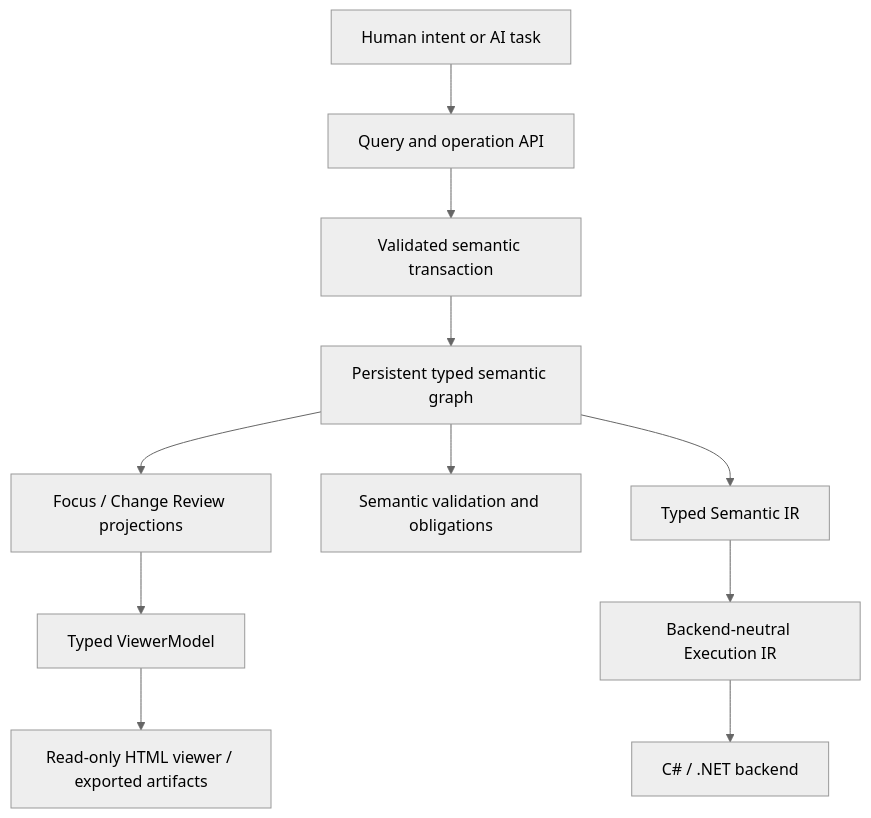
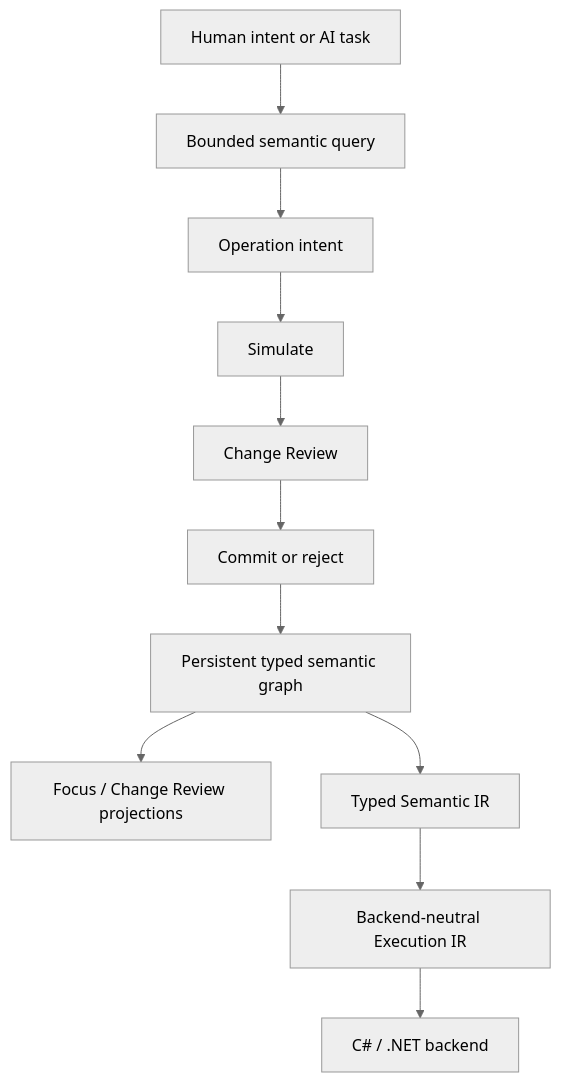
Before and after one commit to kw4r3n/nyrwvy: the diagram in README.md, drawn with Mermaid (neutral theme). The commit also changed other lines of this file and 1 other file, not shown here.

````diff
--- a/README.md
+++ b/README.md
@@ -17,13 +28,13 @@
 ```mermaid
 flowchart TD
-    A[Human intent or AI task] --> B[Query and operation API]
-    B --> C[Validated semantic transaction]
-    C --> D[Persistent typed semantic graph]
-    D --> E[Focus / Change Review projections]
-    E --> F[Typed ViewerModel]
-    F --> G[Read-only HTML viewer / exported artifacts]
-    D --> H[Semantic validation and obligations]
-    D --> I[Typed Semantic IR]
+    A[Human intent or AI task] --> B[Bounded semantic query]
+    B --> C[Operation intent]
+    C --> D[Simulate]
+    D --> E[Change Review]
+    E --> F[Commit or reject]
+    F --> G[Persistent typed semantic graph]
+    G --> H[Focus / Change Review projections]
+    G --> I[Typed Semantic IR]
     I --> J[Backend-neutral Execution IR]
     J --> K[C# / .NET backend]
 ```
````
